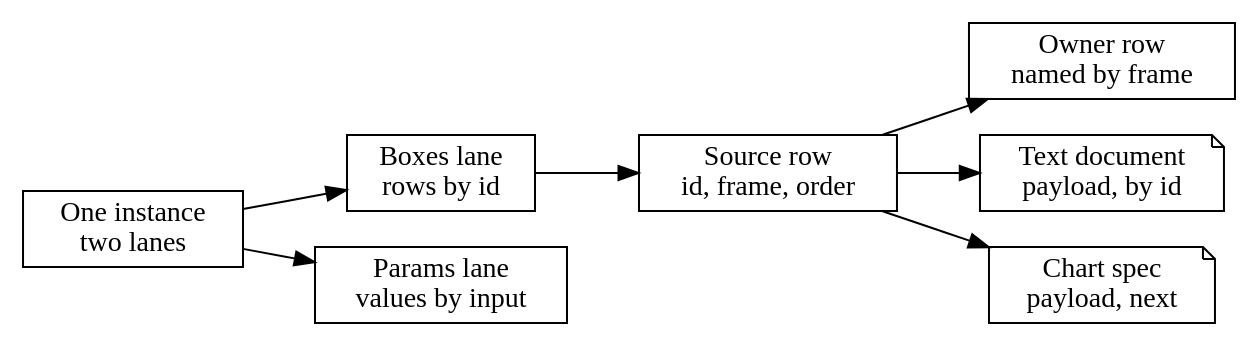
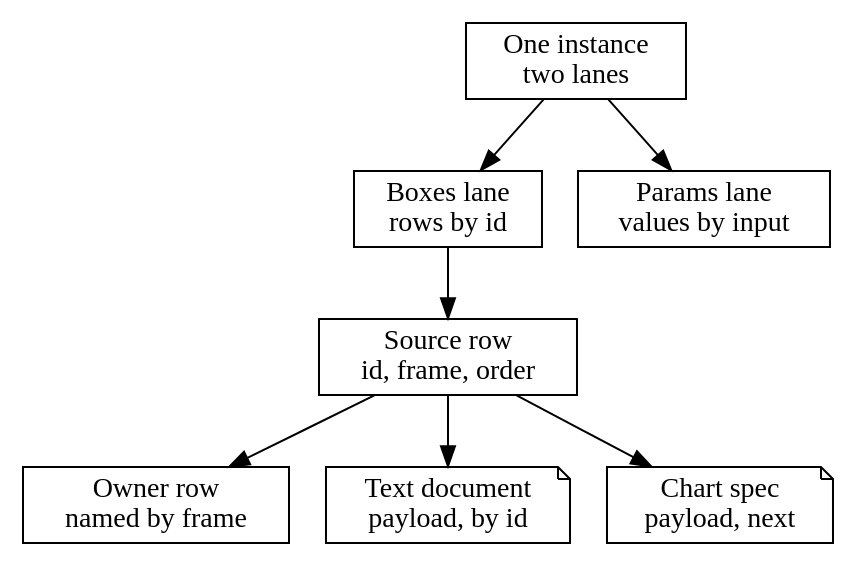
The diagram in docs/spec/document-model/diagrams/source-rows-and-payloads.dot (lolly-tools/lolly), drawn with Graphviz before and after one commit. The commit also changed 519 other files, not shown here.

```diff
--- a/docs/spec/document-model/diagrams/source-rows-and-payloads.dot
+++ b/docs/spec/document-model/diagrams/source-rows-and-payloads.dot
@@ -1,19 +1,19 @@
 digraph source_rows {
-  rankdir=LR
+  rankdir=TB
   node [shape=box]
 
   doc    [label="One instance\ntwo lanes"]
   boxes  [label="Boxes lane\nrows by id"]
   params [label="Params lane\nvalues by input"]
   row    [label="Source row\nid, frame, order"]
   owner  [label="Owner row\nnamed by frame"]
   text   [label="Text document\npayload, by id", shape=note]
   chart  [label="Chart spec\npayload, next", shape=note]
 
   doc -> boxes
   doc -> params
   boxes -> row
   row -> owner
   row -> text
   row -> chart
 }
```
